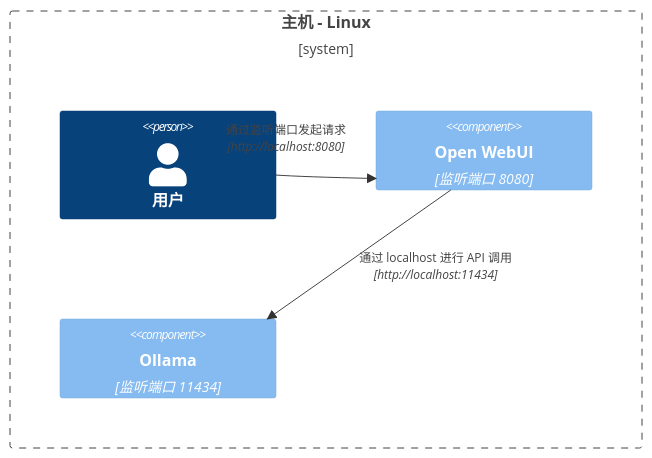
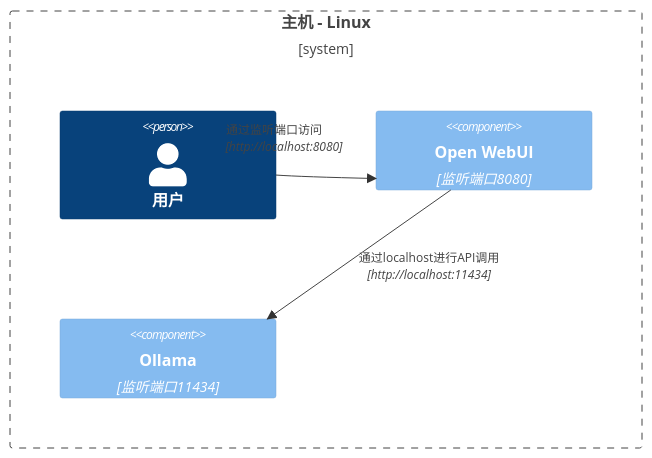
One commit to LazyG9/openwebui-doc-zh changed the eighth of 8 diagrams in docs/troubleshooting/network-diagrams.mdx. Above: the diagram before and after it, drawn with Mermaid. The commit also changed other lines of this file and 11 other files, not shown here.

````diff
--- a/docs/troubleshooting/network-diagrams.mdx
+++ b/docs/troubleshooting/network-diagrams.mdx
@@ -151,11 +150,11 @@
 ```mermaid
 C4Context
 Boundary(b0, "主机 - Linux") {
    Person(user, "用户")
-   Component(openwebui, "Open WebUI", "监听端口 8080")
-   Component(ollama, "Ollama", "监听端口 11434")
+   Component(openwebui, "Open WebUI", "监听端口8080")
+   Component(ollama, "Ollama", "监听端口11434")
 }
-Rel(openwebui, ollama, "通过 localhost 进行 API 调用", "http://localhost:11434")
-Rel(user, openwebui, "通过监听端口发起请求", "http://localhost:8080")
+Rel(openwebui, ollama, "通过localhost进行API调用", "http://localhost:11434")
+Rel(user, openwebui, "通过监听端口访问", "http://localhost:8080")
 UpdateRelStyle(user, openwebui, $offsetX="-100", $offsetY="-50")
 ```
````
